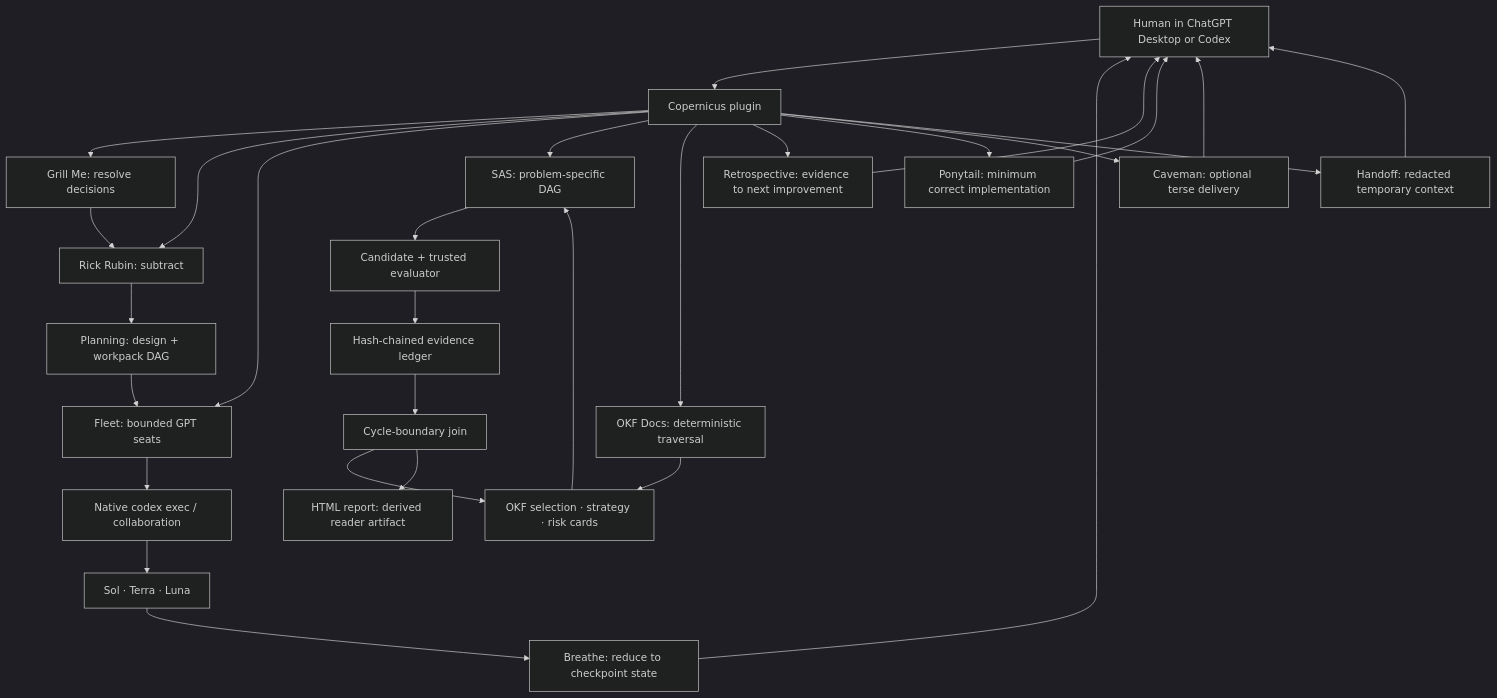
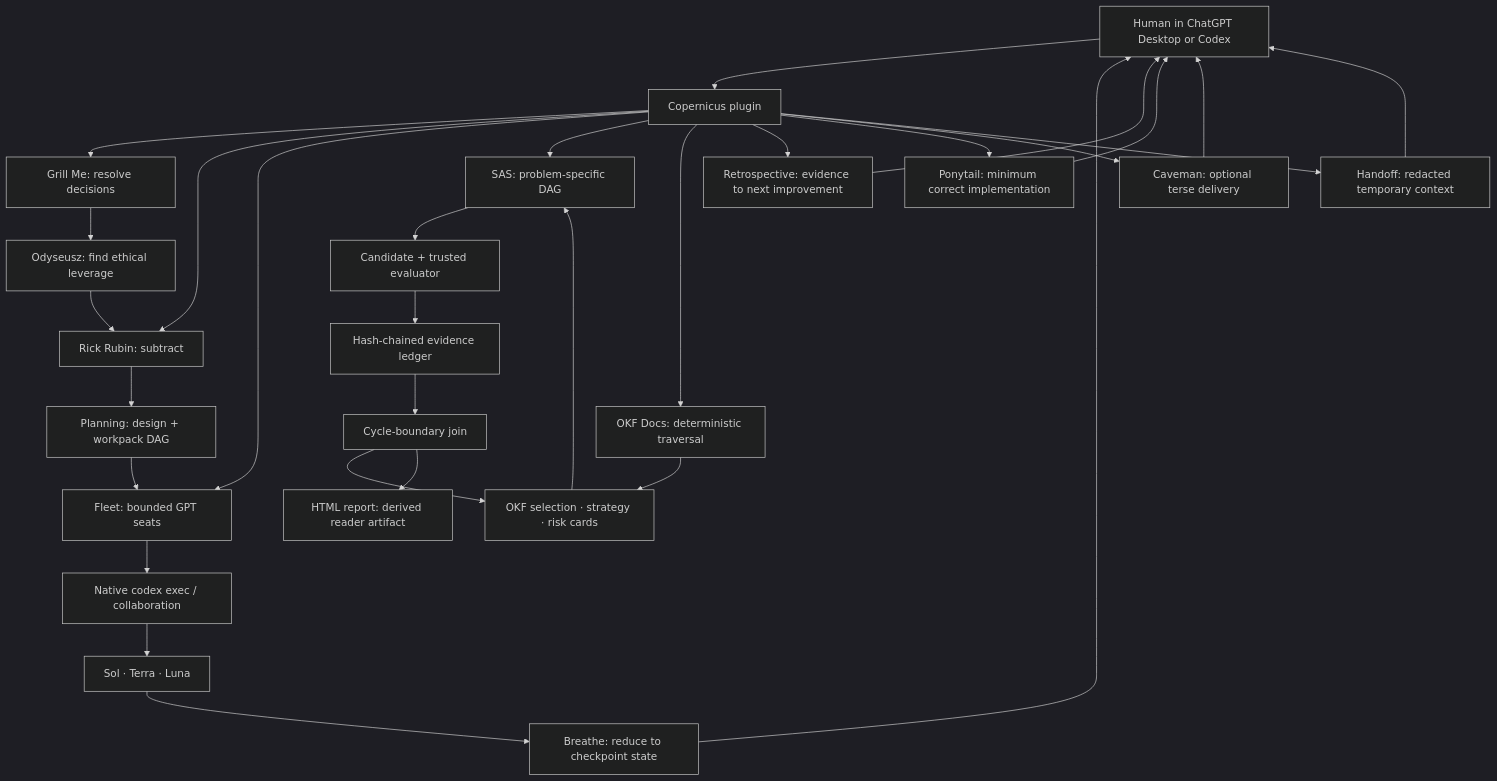
Before and after one commit to Babinci/copernicus: the diagram in docs/copernicus/architecture.md, drawn with Mermaid (dark theme). The commit also changed other lines of this file and 4 other files, not shown here.

````diff
--- a/docs/copernicus/architecture.md
+++ b/docs/copernicus/architecture.md
@@ -14,31 +14,32 @@
 ```mermaid
 flowchart TD
     U["Human in ChatGPT Desktop or Codex"] --> P["Copernicus plugin"]
     P --> Q["Grill Me: resolve decisions"]
-    Q --> R
+    Q --> L["Odyseusz: find ethical leverage"]
+    L --> R
     P --> R["Rick Rubin: subtract"]
     R --> W["Planning: design + workpack DAG"]
     W --> F
     P --> F["Fleet: bounded GPT seats"]
     P --> S["SAS: problem-specific DAG"]
     F --> C["Native codex exec / collaboration"]
     C --> M["Sol · Terra · Luna"]
     M --> B["Breathe: reduce to checkpoint state"]
     B --> U
     S --> G["Candidate + trusted evaluator"]
     G --> E["Hash-chained evidence ledger"]
     E --> J["Cycle-boundary join"]
     J --> O["OKF selection · strategy · risk cards"]
     P --> D["OKF Docs: deterministic traversal"]
     D --> O
     J --> H["HTML report: derived reader artifact"]
     O --> S
     P --> K["Retrospective: evidence to next improvement"]
     P --> Y["Ponytail: minimum correct implementation"]
     P --> V["Caveman: optional terse delivery"]
     P --> T["Handoff: redacted temporary context"]
     K --> U
     Y --> U
     V --> U
     T --> U
 ```
````
